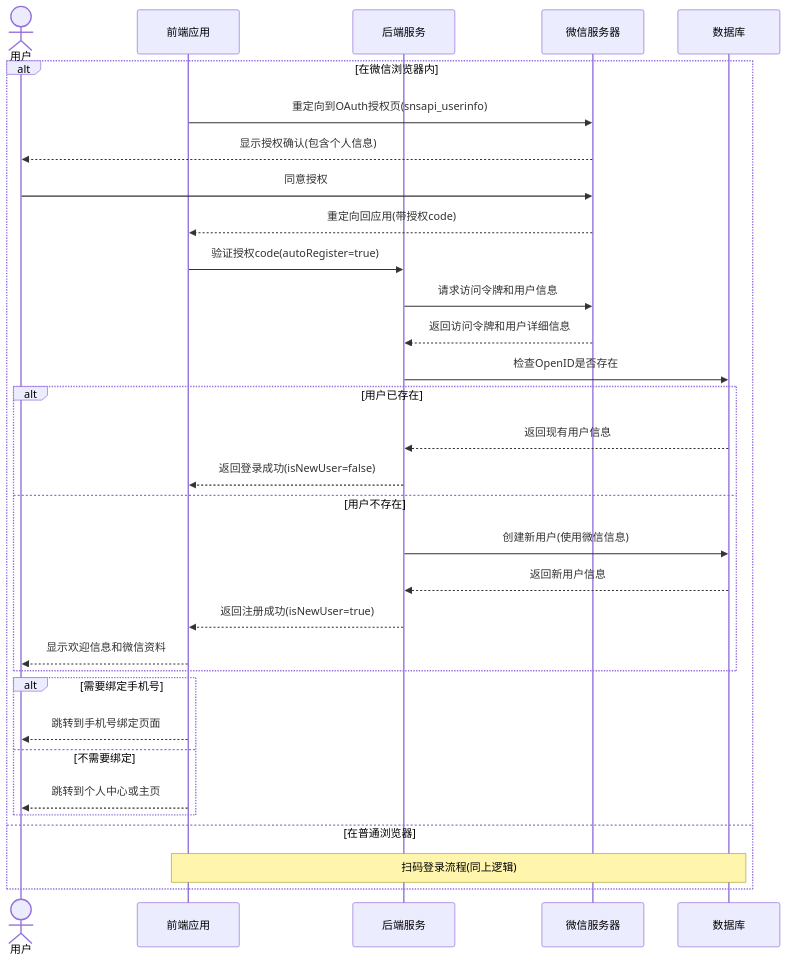
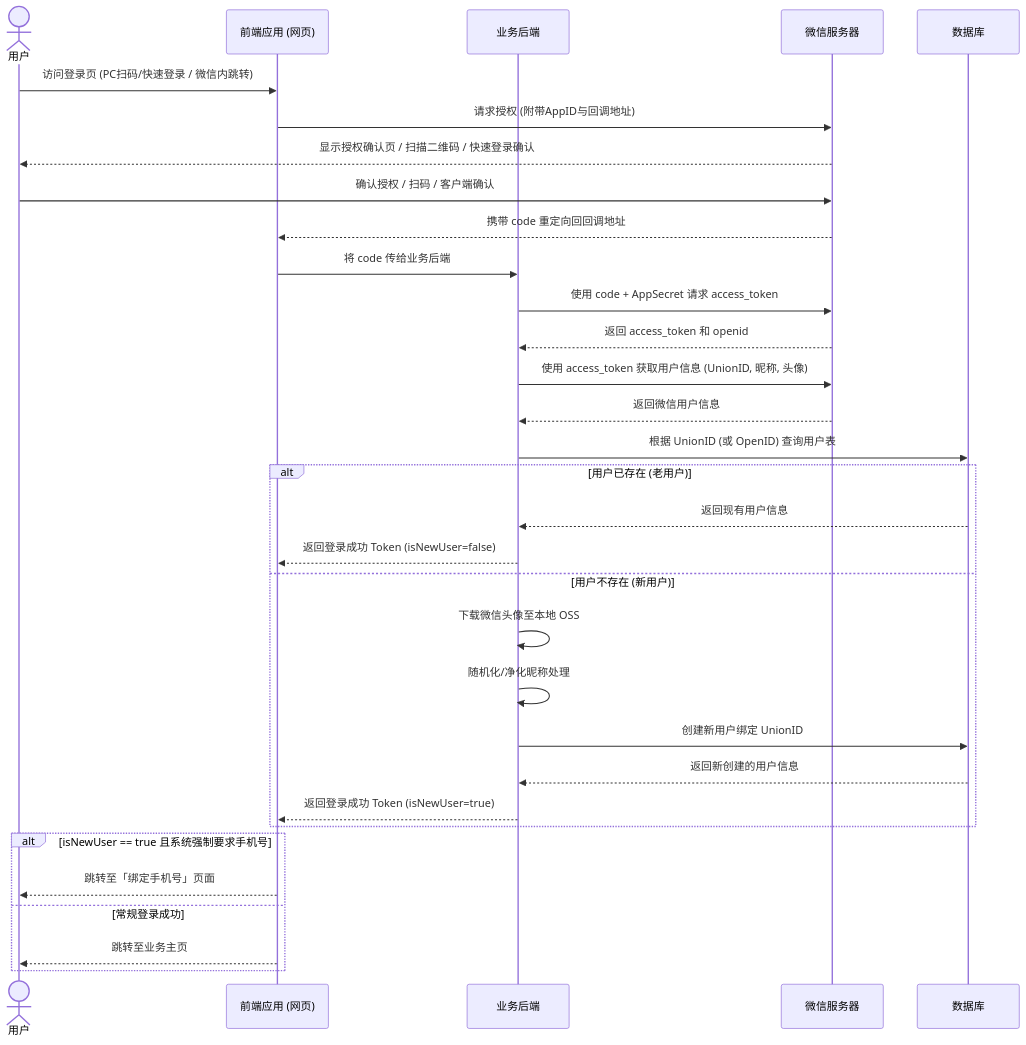
One commit to weihongyu12/web changed the diagram in docs/features/authentication/wechat/README.md. Above: the diagram before and after it, drawn with Mermaid. The commit also changed other lines of this file, not shown here.

````diff
--- a/docs/features/authentication/wechat/README.md
+++ b/docs/features/authentication/wechat/README.md
@@ -610,38 +164,38 @@
 ```mermaid
 sequenceDiagram
     actor User as 用户
-    participant Client as 前端应用
-    participant Server as 后端服务
+    participant Client as 前端应用 (网页)
+    participant Server as 业务后端
     participant WeChat as 微信服务器
     participant DB as 数据库
     
-    alt 在微信浏览器内
-        Client->>WeChat: 重定向到OAuth授权页(snsapi_userinfo)
-        WeChat-->>User: 显示授权确认(包含个人信息)
-        User->>WeChat: 同意授权
-        WeChat-->>Client: 重定向回应用(带授权code)
-        Client->>Server: 验证授权code(autoRegister=true)
-        Server->>WeChat: 请求访问令牌和用户信息
-        WeChat-->>Server: 返回访问令牌和用户详细信息
-        
-        Server->>DB: 检查OpenID是否存在
-        alt 用户已存在
-            DB-->>Server: 返回现有用户信息
-            Server-->>Client: 返回登录成功(isNewUser=false)
-        else 用户不存在
-            Server->>DB: 创建新用户(使用微信信息)
-            DB-->>Server: 返回新用户信息
-            Server-->>Client: 返回注册成功(isNewUser=true)
-            Client-->>User: 显示欢迎信息和微信资料
-        end
-        
-        alt 需要绑定手机号
-            Client-->>User: 跳转到手机号绑定页面
-        else 不需要绑定
-            Client-->>User: 跳转到个人中心或主页
-        end
-        
-    else 在普通浏览器
-        Note over Client,DB: 扫码登录流程(同上逻辑)
+    User->>Client: 访问登录页 (PC扫码/快速登录 / 微信内跳转)
+    Client->>WeChat: 请求授权 (附带AppID与回调地址)
+    WeChat-->>User: 显示授权确认页 / 扫描二维码 / 快速登录确认
+    User->>WeChat: 确认授权 / 扫码 / 客户端确认
+    WeChat-->>Client: 携带 code 重定向回回调地址
+    
+    Client->>Server: 将 code 传给业务后端
+    Server->>WeChat: 使用 code + AppSecret 请求 access_token
+    WeChat-->>Server: 返回 access_token 和 openid
+    Server->>WeChat: 使用 access_token 获取用户信息 (UnionID, 昵称, 头像)
+    WeChat-->>Server: 返回微信用户信息
+    
+    Server->>DB: 根据 UnionID (或 OpenID) 查询用户表
+    alt 用户已存在 (老用户)
+        DB-->>Server: 返回现有用户信息
+        Server-->>Client: 返回登录成功 Token (isNewUser=false)
+    else 用户不存在 (新用户)
+        Server->>Server: 下载微信头像至本地 OSS
+        Server->>Server: 随机化/净化昵称处理
+        Server->>DB: 创建新用户绑定 UnionID
+        DB-->>Server: 返回新创建的用户信息
+        Server-->>Client: 返回登录成功 Token (isNewUser=true)
+    end
+    
+    alt isNewUser == true 且系统强制要求手机号
+        Client-->>User: 跳转至「绑定手机号」页面
+    else 常规登录成功
+        Client-->>User: 跳转至业务主页
     end
 ```
````
